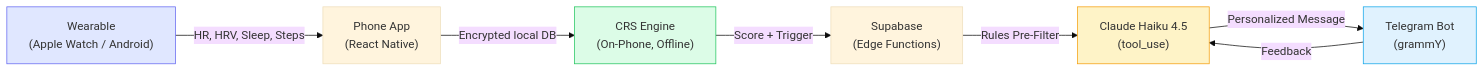
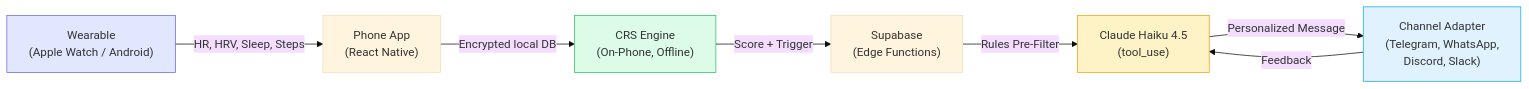
Before and after one commit to Pin4sf/Waldo: the first of 4 diagrams in docs-site/README.md, drawn with Mermaid (base theme). The commit also changed other lines of this file and 19 other files, not shown here.

First line of the commit message:
docs: add adapter pattern architecture, competitive analysis, and ecosystem framing

````diff
--- a/docs-site/README.md
+++ b/docs-site/README.md
@@ -17,14 +17,14 @@
 ```mermaid
 graph LR
     W["Wearable<br/>(Apple Watch / Android)"] -->|HR, HRV, Sleep, Steps| P["Phone App<br/>(React Native)"]
     P -->|Encrypted local DB| CRS["CRS Engine<br/>(On-Phone, Offline)"]
     CRS -->|Score + Trigger| S["Supabase<br/>(Edge Functions)"]
     S -->|Rules Pre-Filter| AI["Claude Haiku 4.5<br/>(tool_use)"]
-    AI -->|Personalized Message| T["Telegram Bot<br/>(grammY)"]
+    AI -->|Personalized Message| T["Channel Adapter<br/>(Telegram, WhatsApp,<br/>Discord, Slack)"]
     T -->|Feedback| AI
 
     style W fill:#e0e7ff,stroke:#6366f1
     style CRS fill:#dcfce7,stroke:#22c55e
     style AI fill:#fef3c7,stroke:#f59e0b
     style T fill:#e0f2fe,stroke:#0ea5e9
 ```
````
